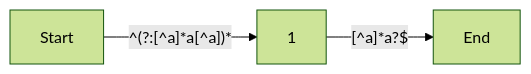
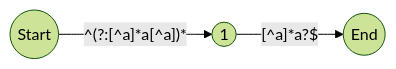
One commit to tdzl2003/leetcode_live changed the tenth of 11 diagrams in regexp/20220102.md. Above: the diagram before and after it, drawn with Mermaid (forest theme). The commit also changed other lines of this file, not shown here.

Commit message:
DFA用圆形图示

````diff
--- a/regexp/20220102.md
+++ b/regexp/20220102.md
@@ -79,5 +113,8 @@
 ```mermaid
 graph LR
-  Start -- "^(?:[^a]*a[^a])*" --> 1
-  1 -- "[^a]*a?$" --> End
+    Start((Start))
+    1((1))
+    End((End))
+    Start -- "^(?:[^a]*a[^a])*" --> 1
+    1 -- "[^a]*a?$" --> End
 ```
````
